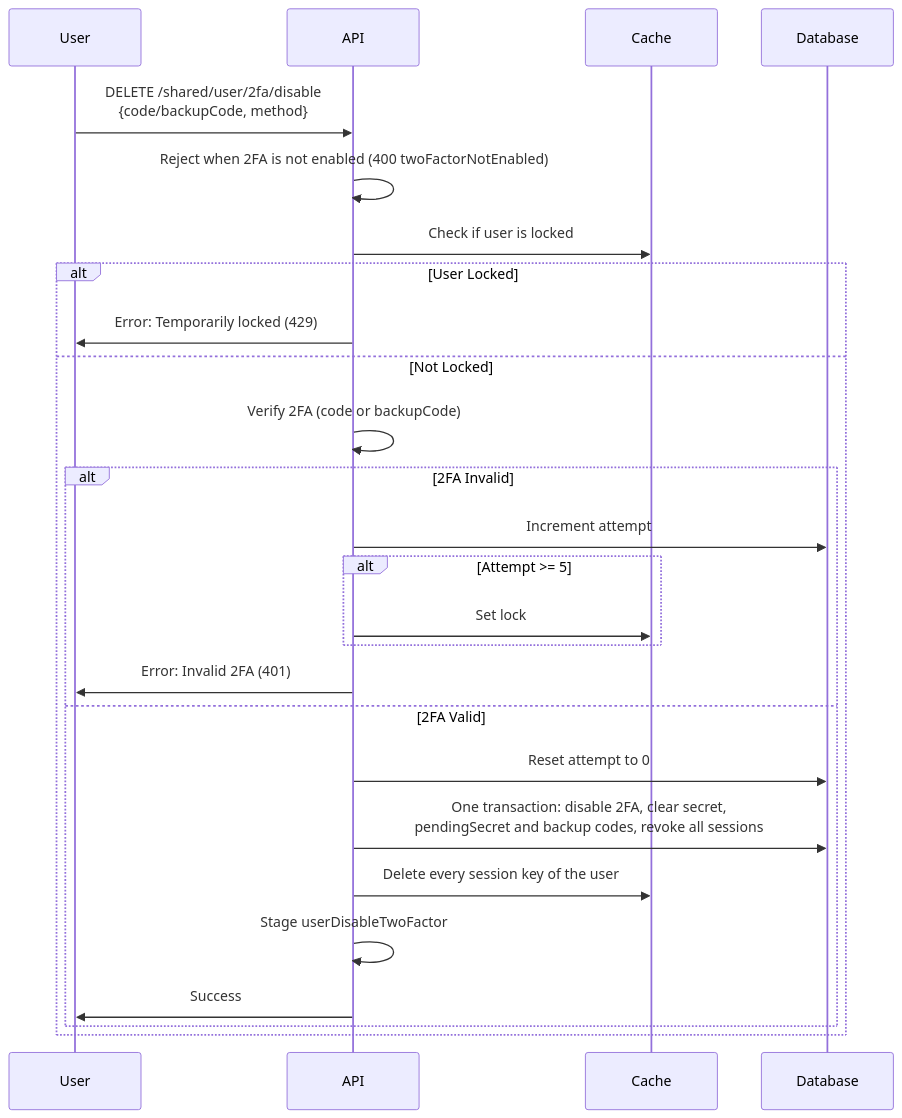
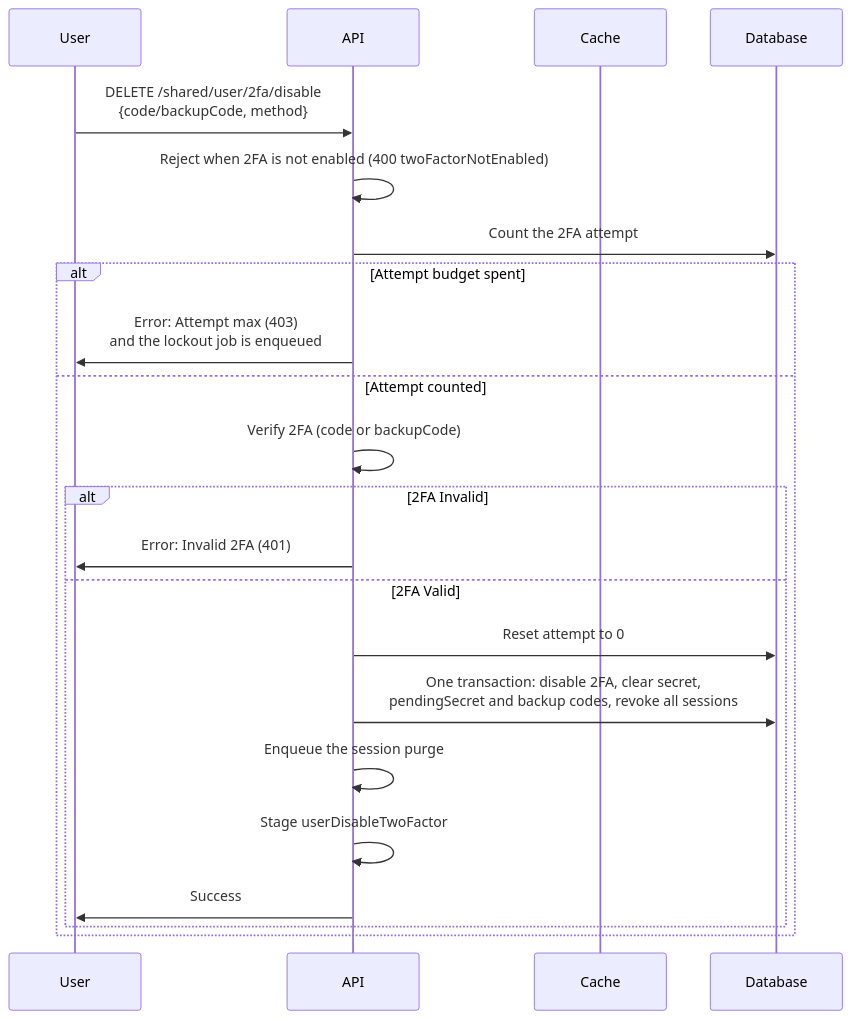
Before and after one commit to andrechristikan/ack-nestjs-boilerplate: the ninth of 9 diagrams in docs/two-factor.md, drawn with Mermaid. The commit also changed other lines of this file and 95 other files, not shown here.

````diff
--- a/docs/two-factor.md
+++ b/docs/two-factor.md
@@ -604,29 +541,25 @@
 ```mermaid
 sequenceDiagram
     participant User
     participant API
     participant Cache
     participant Database
 
     User->>API: DELETE /shared/user/2fa/disable<br/>{code/backupCode, method}
     API->>API: Reject when 2FA is not enabled (400 twoFactorNotEnabled)
-    API->>Cache: Check if user is locked
-    alt User Locked
-        API->>User: Error: Temporarily locked (429)
-    else Not Locked
+    API->>Database: Count the 2FA attempt
+    alt Attempt budget spent
+        API->>User: Error: Attempt max (403)<br/>and the lockout job is enqueued
+    else Attempt counted
         API->>API: Verify 2FA (code or backupCode)
         alt 2FA Invalid
-            API->>Database: Increment attempt
-            alt Attempt >= 5
-                API->>Cache: Set lock
-            end
             API->>User: Error: Invalid 2FA (401)
         else 2FA Valid
             API->>Database: Reset attempt to 0
             API->>Database: One transaction: disable 2FA, clear secret,<br/>pendingSecret and backup codes, revoke all sessions
-            API->>Cache: Delete every session key of the user
+            API->>API: Enqueue the session purge
             API->>API: Stage userDisableTwoFactor
             API->>User: Success
         end
     end
 ```
````
